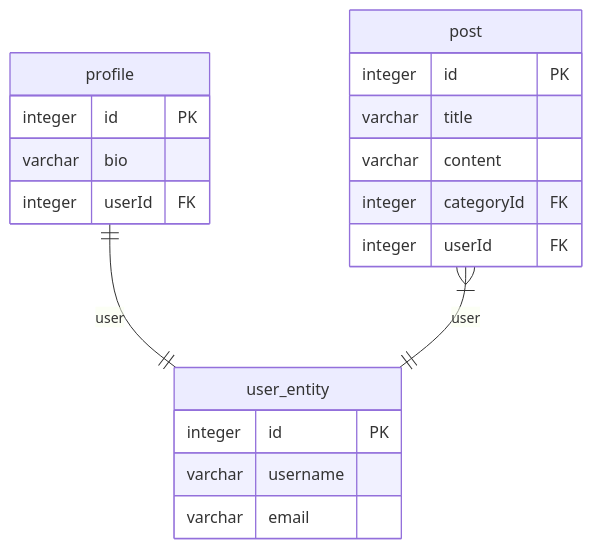
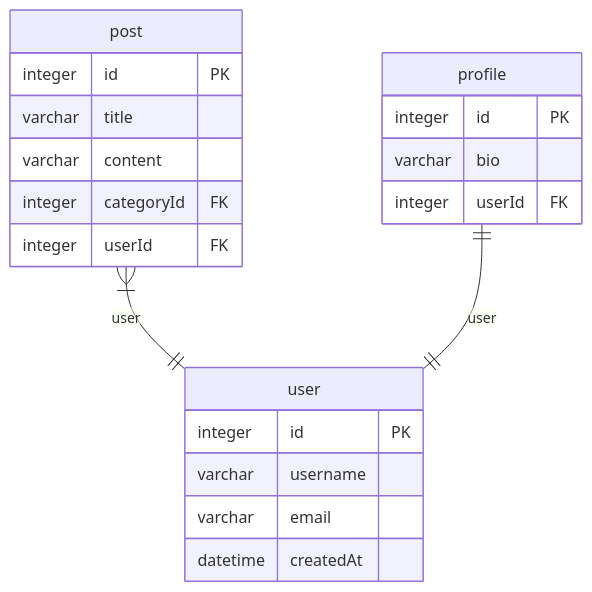
One commit to hermin9804/typeorm-markdown-generator changed the second of 2 diagrams in erd.md. Above: the diagram before and after it, drawn with Mermaid. The commit also changed other lines of this file and 10 other files, not shown here.

````diff
--- a/erd.md
+++ b/erd.md
@@ -82,22 +82,23 @@
 ```mermaid
 erDiagram
-  profile {
-    integer id PK
-    varchar bio
-    integer userId FK
-  }
-  user_entity {
-    integer id PK
-    varchar username
-    varchar email
-  }
   post {
     integer id PK
     varchar title
     varchar content
     integer categoryId FK
     integer userId FK
   }
-  profile ||--|| user_entity: user
-  post }|--|| user_entity: user
+  user {
+    integer id PK
+    varchar username
+    varchar email
+    datetime createdAt
+  }
+  profile {
+    integer id PK
+    varchar bio
+    integer userId FK
+  }
+  post }|--|| user: user
+  profile ||--|| user: user
 ```
````
